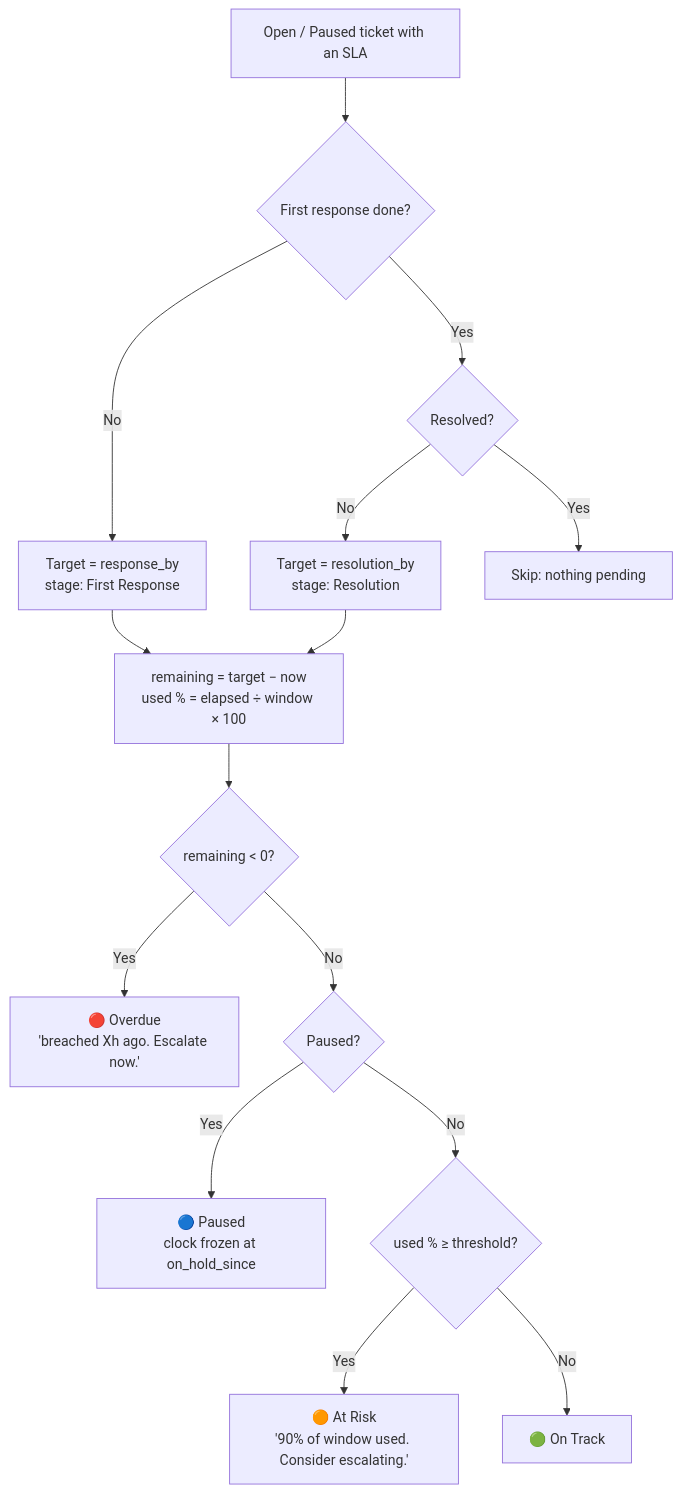
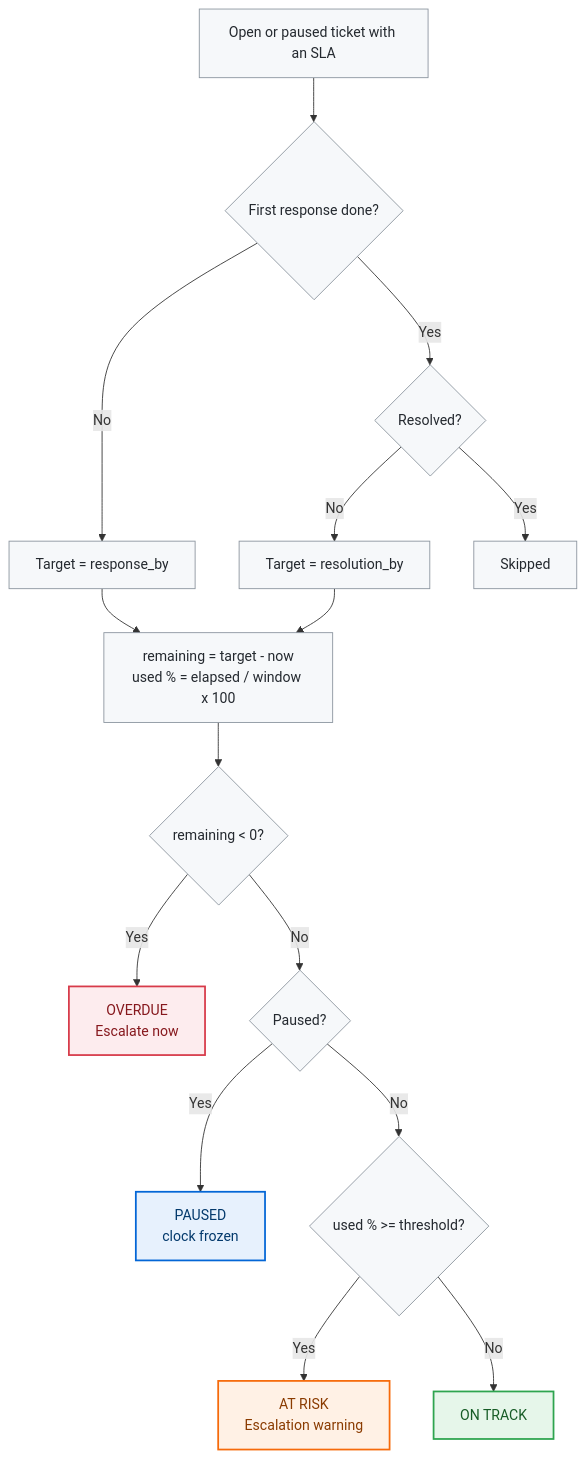
Before and after one commit to suji2826/s-frappe-helpdesk: the fourth of 5 diagrams in README.md, drawn with Mermaid. The commit also changed other lines of this file, not shown here.

````diff
--- a/README.md
+++ b/README.md
@@ -235,17 +242,28 @@
 ```mermaid
 flowchart TD
-    A[Open / Paused ticket with an SLA] --> B{First response done?}
-    B -- No --> C[Target = response_by<br/>stage: First Response]
-    B -- Yes --> D{Resolved?}
-    D -- No --> E[Target = resolution_by<br/>stage: Resolution]
-    D -- Yes --> Z[Skip: nothing pending]
-    C --> F[remaining = target − now<br/>used % = elapsed ÷ window × 100]
+    A["Open or paused ticket with an SLA"] --> B{"First response done?"}
+    B -- No --> C["Target = response_by"]
+    B -- Yes --> D{"Resolved?"}
+    D -- No --> E["Target = resolution_by"]
+    D -- Yes --> Z["Skipped"]
+    C --> F["remaining = target - now<br/>used % = elapsed / window x 100"]
     E --> F
-    F --> G{remaining < 0?}
-    G -- Yes --> R[🔴 Overdue<br/>'breached Xh ago. Escalate now.']
-    G -- No --> H{Paused?}
-    H -- Yes --> P[🔵 Paused<br/>clock frozen at on_hold_since]
-    H -- No --> I{used % ≥ threshold?}
-    I -- Yes --> O[🟠 At Risk<br/>'90% of window used. Consider escalating.']
-    I -- No --> K[🟢 On Track]
+    F --> G{"remaining < 0?"}
+    G -- Yes --> R["OVERDUE<br/>Escalate now"]
+    G -- No --> H{"Paused?"}
+    H -- Yes --> P["PAUSED<br/>clock frozen"]
+    H -- No --> I{"used % >= threshold?"}
+    I -- Yes --> O["AT RISK<br/>Escalation warning"]
+    I -- No --> K["ON TRACK"]
+
+    classDef red fill:#FDECEE,stroke:#D73A49,color:#86181D,stroke-width:2px
+    classDef orange fill:#FFF1E5,stroke:#F66A0A,color:#8A3B00,stroke-width:2px
+    classDef green fill:#E6F6EA,stroke:#2EA44F,color:#165C26,stroke-width:2px
+    classDef blue fill:#E7F1FD,stroke:#0366D6,color:#03396C,stroke-width:2px
+    classDef step fill:#F6F8FA,stroke:#8B949E,color:#24292F
+    class R red
+    class O orange
+    class K green
+    class P blue
+    class A,B,C,D,E,F,G,H,I,Z step
 ```
````
